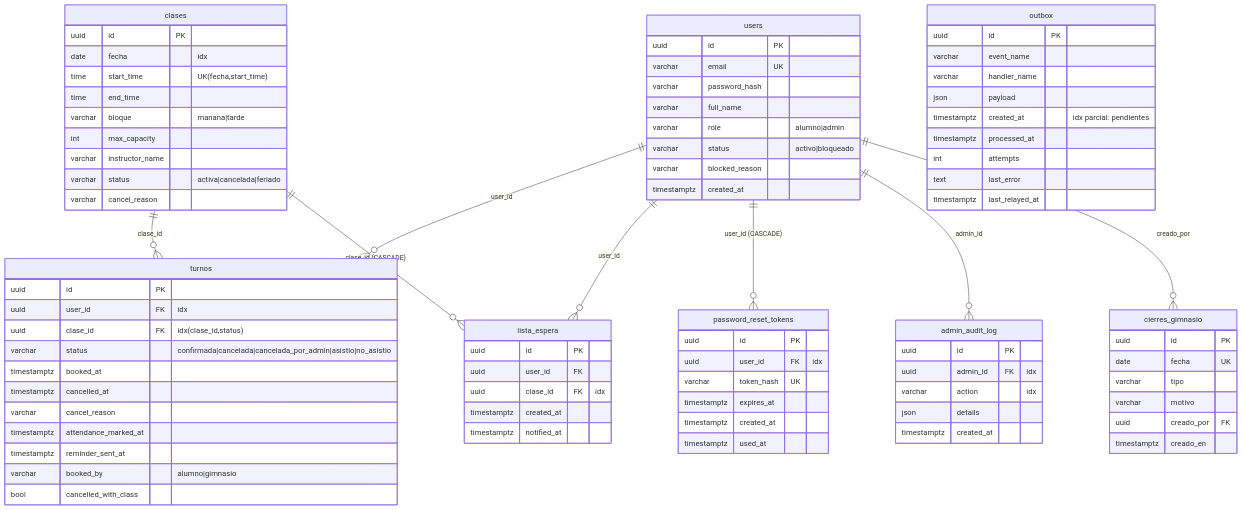
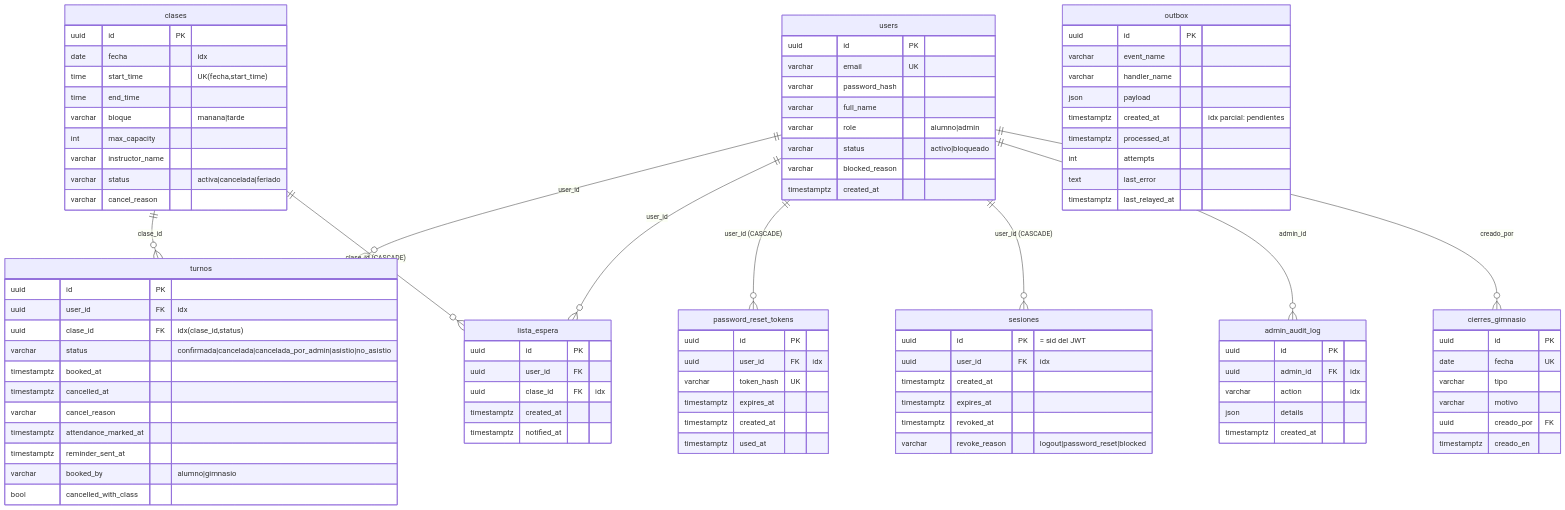
Before and after one commit to juantevez/py-pilates: diagram 19 of 19 in doc/technical/TECH.md, drawn with Mermaid. The commit also changed other lines of this file and 17 other files, not shown here.

```diff
--- a/doc/technical/TECH.md
+++ b/doc/technical/TECH.md
@@ -1063,6 +1073,7 @@
     users ||--o{ turnos : "user_id"
     users ||--o{ lista_espera : "user_id"
     users ||--o{ password_reset_tokens : "user_id (CASCADE)"
+    users ||--o{ sesiones : "user_id (CASCADE)"
     users ||--o{ admin_audit_log : "admin_id"
     users ||--o{ cierres_gimnasio : "creado_por"
     clases ||--o{ turnos : "clase_id"
@@ -1117,6 +1128,14 @@
         uuid creado_por FK
         timestamptz creado_en
     }
+    sesiones {
+        uuid id PK "= sid del JWT"
+        uuid user_id FK "idx"
+        timestamptz created_at
+        timestamptz expires_at
+        timestamptz revoked_at
+        varchar revoke_reason "logout|password_reset|blocked"
+    }
     password_reset_tokens {
         uuid id PK
         uuid user_id FK "idx"
```
